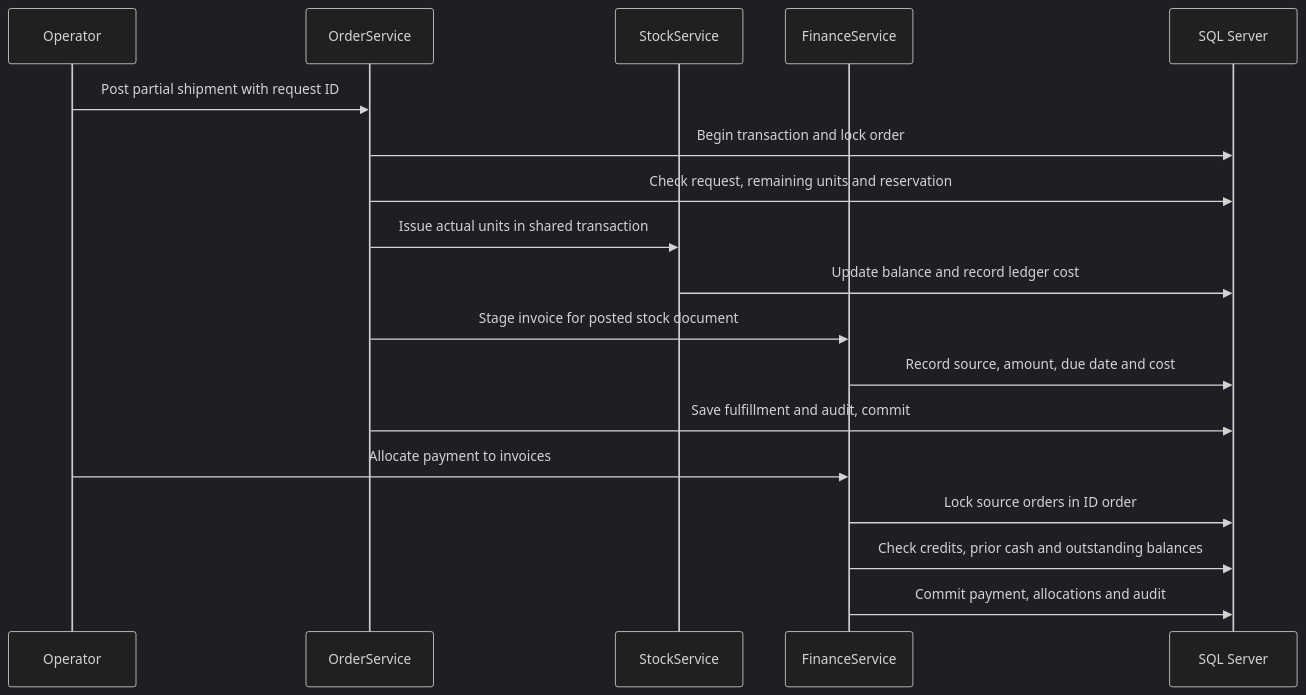
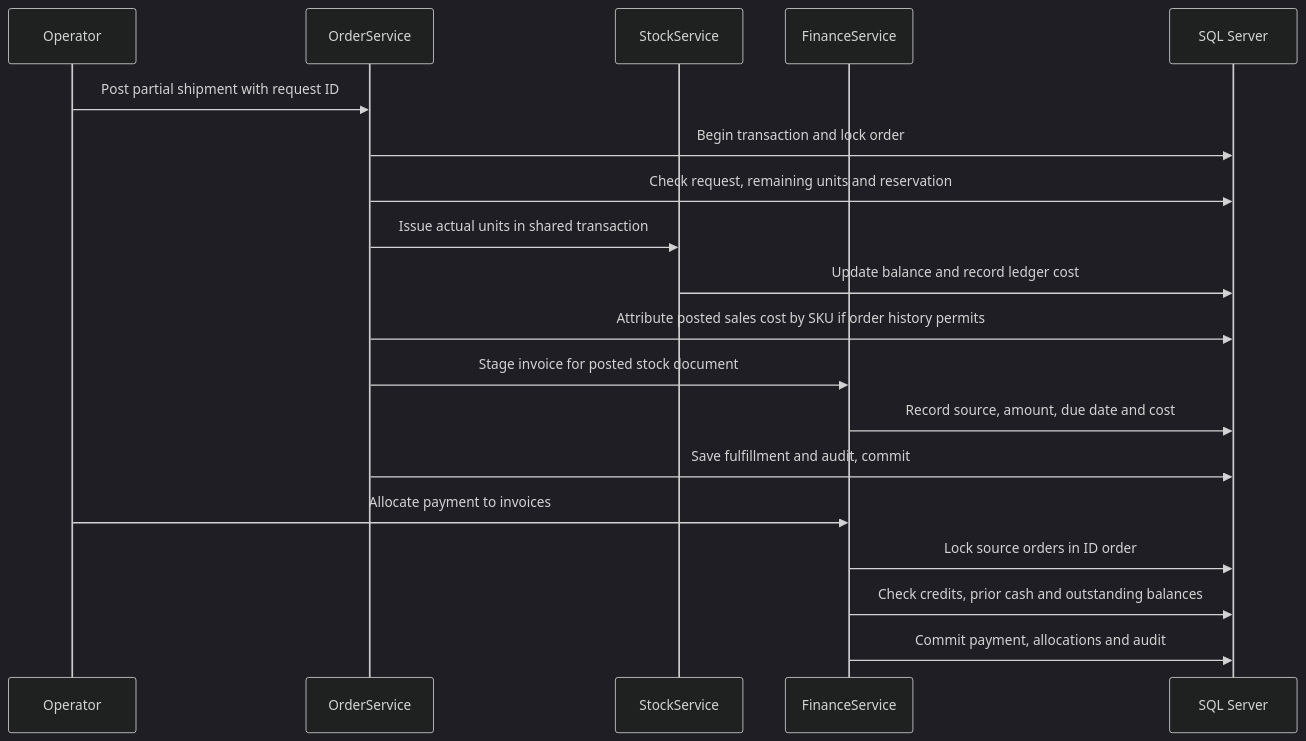
One commit to tungnguyen2k5vp/Mini-ERP-system changed the third of 3 diagrams in docs/diagrams/SEQUENCE_DIAGRAMS.md. Above: the diagram before and after it, drawn with Mermaid (dark theme). The commit also changed 99 other files, not shown here.

Commit message:
feat: reconcile ERP postings and preserve sales cost per SKU

```diff
--- a/docs/diagrams/SEQUENCE_DIAGRAMS.md
+++ b/docs/diagrams/SEQUENCE_DIAGRAMS.md
@@ -42,20 +42,21 @@
 ~~~mermaid
 sequenceDiagram
     participant O as Operator
     participant C as OrderService
     participant I as StockService
     participant F as FinanceService
     participant D as SQL Server
     O->>C: Post partial shipment with request ID
     C->>D: Begin transaction and lock order
     C->>D: Check request, remaining units and reservation
     C->>I: Issue actual units in shared transaction
     I->>D: Update balance and record ledger cost
+    C->>D: Attribute posted sales cost by SKU if order history permits
     C->>F: Stage invoice for posted stock document
     F->>D: Record source, amount, due date and cost
     C->>D: Save fulfillment and audit, commit
     O->>F: Allocate payment to invoices
     F->>D: Lock source orders in ID order
     F->>D: Check credits, prior cash and outstanding balances
     F->>D: Commit payment, allocations and audit
 ~~~
```
